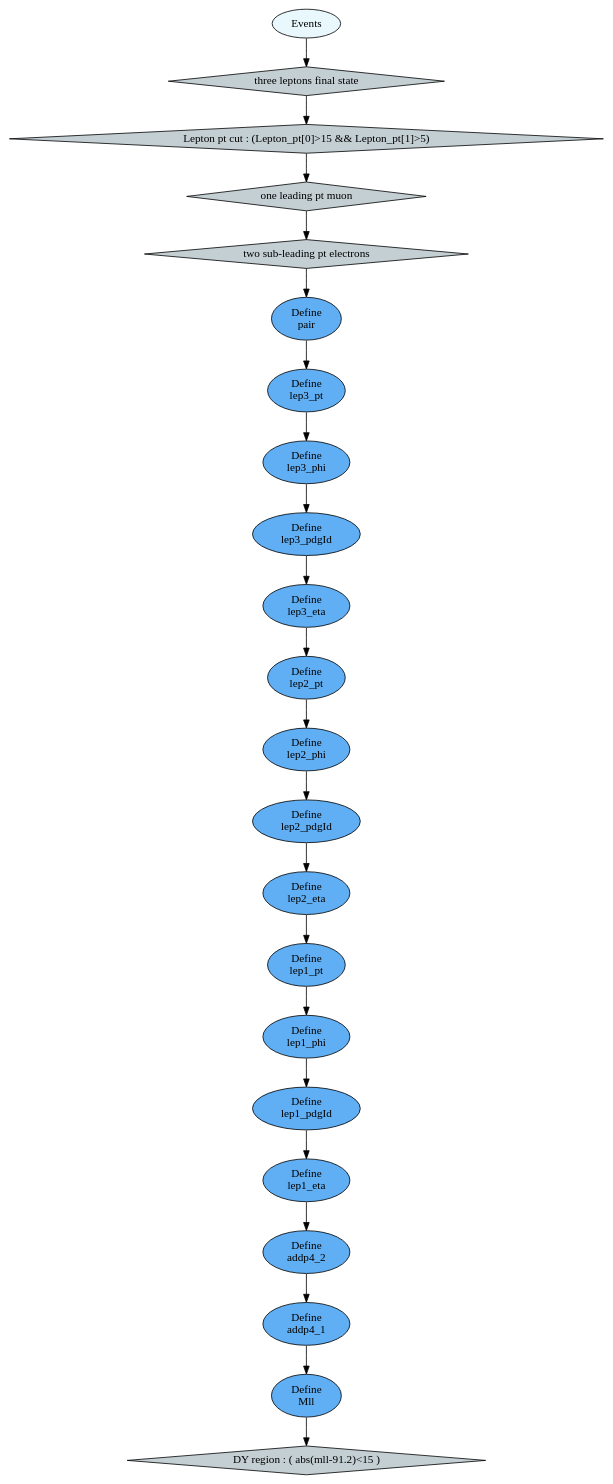
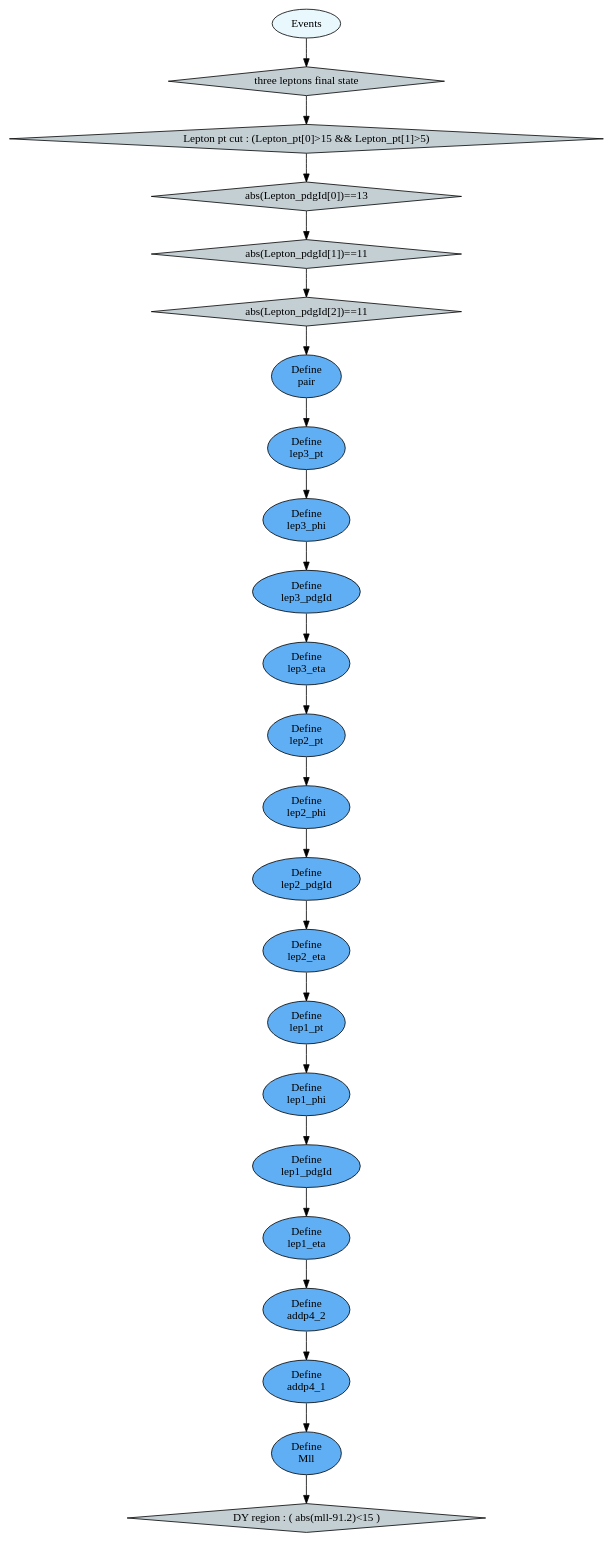
One commit to NTrevisani/NanoFlipper changed the diagram in ntuple/graph_flip.dot. Above: the diagram before and after it, drawn with Graphviz. The commit also changed 37 other files, not shown here.

```diff
--- a/ntuple/graph_flip.dot
+++ b/ntuple/graph_flip.dot
@@ -1,61 +1,63 @@
 digraph {
-	6 [label="DY region : ( abs(mll-91.2)<15 )", style="filled", fillcolor="#c4cfd4", shape="diamond"];
-	7 [label="Define
+	7 [label="DY region : ( abs(mll-91.2)<15 )", style="filled", fillcolor="#c4cfd4", shape="diamond"];
+	8 [label="Define
 Mll", style="filled", fillcolor="#60aef3", shape="oval"];
-	8 [label="Define
+	9 [label="Define
 addp4_1", style="filled", fillcolor="#60aef3", shape="oval"];
-	9 [label="Define
+	10 [label="Define
 addp4_2", style="filled", fillcolor="#60aef3", shape="oval"];
-	10 [label="Define
+	11 [label="Define
 lep1_eta", style="filled", fillcolor="#60aef3", shape="oval"];
-	11 [label="Define
+	12 [label="Define
 lep1_pdgId", style="filled", fillcolor="#60aef3", shape="oval"];
-	12 [label="Define
+	13 [label="Define
 lep1_phi", style="filled", fillcolor="#60aef3", shape="oval"];
-	13 [label="Define
+	14 [label="Define
 lep1_pt", style="filled", fillcolor="#60aef3", shape="oval"];
-	14 [label="Define
+	15 [label="Define
 lep2_eta", style="filled", fillcolor="#60aef3", shape="oval"];
-	15 [label="Define
+	16 [label="Define
 lep2_pdgId", style="filled", fillcolor="#60aef3", shape="oval"];
-	16 [label="Define
+	17 [label="Define
 lep2_phi", style="filled", fillcolor="#60aef3", shape="oval"];
-	17 [label="Define
+	18 [label="Define
 lep2_pt", style="filled", fillcolor="#60aef3", shape="oval"];
-	18 [label="Define
+	19 [label="Define
 lep3_eta", style="filled", fillcolor="#60aef3", shape="oval"];
-	19 [label="Define
+	20 [label="Define
 lep3_pdgId", style="filled", fillcolor="#60aef3", shape="oval"];
-	20 [label="Define
+	21 [label="Define
 lep3_phi", style="filled", fillcolor="#60aef3", shape="oval"];
-	21 [label="Define
+	22 [label="Define
 lep3_pt", style="filled", fillcolor="#60aef3", shape="oval"];
-	22 [label="Define
+	23 [label="Define
 pair", style="filled", fillcolor="#60aef3", shape="oval"];
-	5 [label="two sub-leading pt electrons", style="filled", fillcolor="#c4cfd4", shape="diamond"];
-	4 [label="one leading pt muon", style="filled", fillcolor="#c4cfd4", shape="diamond"];
+	6 [label="abs(Lepton_pdgId[2])==11", style="filled", fillcolor="#c4cfd4", shape="diamond"];
+	5 [label="abs(Lepton_pdgId[1])==11", style="filled", fillcolor="#c4cfd4", shape="diamond"];
+	4 [label="abs(Lepton_pdgId[0])==13", style="filled", fillcolor="#c4cfd4", shape="diamond"];
 	3 [label="Lepton pt cut : (Lepton_pt[0]>15 && Lepton_pt[1]>5)", style="filled", fillcolor="#c4cfd4", shape="diamond"];
 	2 [label="three leptons final state", style="filled", fillcolor="#c4cfd4", shape="diamond"];
 	0 [label="Events", style="filled", fillcolor="#e8f8fc", shape="oval"];
-	7 -> 6;
 	8 -> 7;
 	9 -> 8;
 	10 -> 9;
 	11 -> 10;
 	12 -> 11;
 	13 -> 12;
 	14 -> 13;
 	15 -> 14;
 	16 -> 15;
 	17 -> 16;
 	18 -> 17;
 	19 -> 18;
 	20 -> 19;
 	21 -> 20;
 	22 -> 21;
-	5 -> 22;
+	23 -> 22;
+	6 -> 23;
+	5 -> 6;
 	4 -> 5;
 	3 -> 4;
 	2 -> 3;
 	0 -> 2;
 }
```
